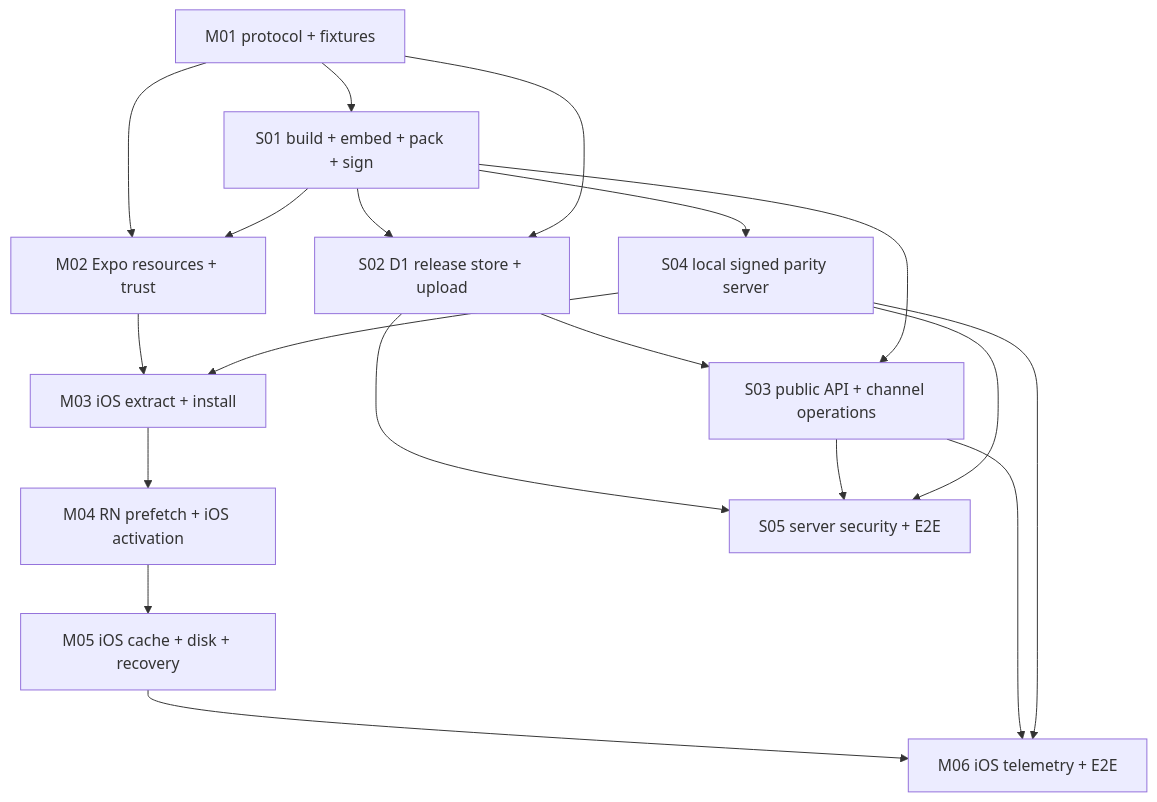
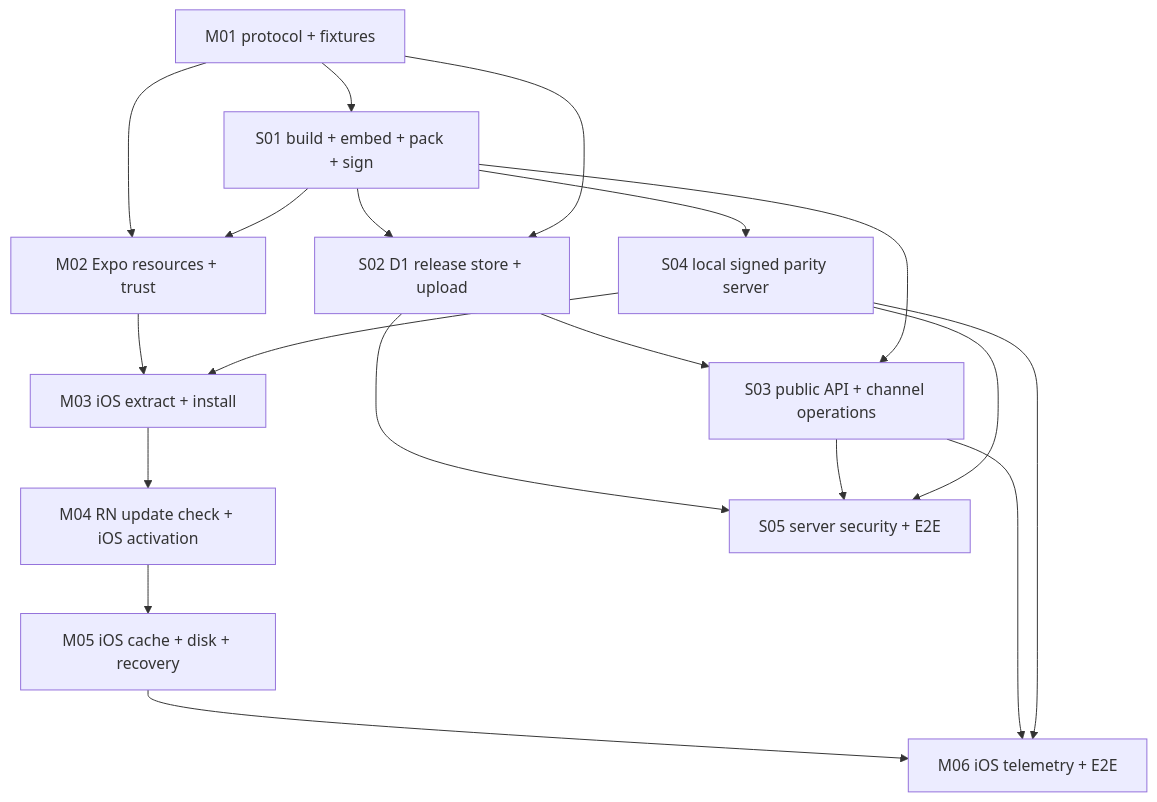
Before and after one commit to chanphiromsok/expo-lynx-view: the diagram in packages/expo-lynx/feature/delivery-bundle-update/specs/v2/README.md, drawn with Mermaid. The commit also changed other lines of this file and 10 other files, not shown here.

````diff
--- a/packages/expo-lynx/feature/delivery-bundle-update/specs/v2/README.md
+++ b/packages/expo-lynx/feature/delivery-bundle-update/specs/v2/README.md
@@ -119,33 +122,33 @@
 ```mermaid
 flowchart TB
   M01[M01 protocol + fixtures]
   S01[S01 build + embed + pack + sign]
   M02[M02 Expo resources + trust]
   S02[S02 D1 release store + upload]
   S03[S03 public API + channel operations]
   S04[S04 local signed parity server]
   M03[M03 iOS extract + install]
-  M04[M04 RN prefetch + iOS activation]
+  M04[M04 RN update check + iOS activation]
   M05[M05 iOS cache + disk + recovery]
   M06[M06 iOS telemetry + E2E]
   S05[S05 server security + E2E]
 
   M01 --> S01
   M01 --> M02
   S01 --> M02
   S01 --> S02
   M01 --> S02
   S02 --> S03
   S01 --> S03
   S01 --> S04
   M02 --> M03
   S04 --> M03
   M03 --> M04
   M04 --> M05
   M05 --> M06
   S03 --> M06
   S04 --> M06
   S02 --> S05
   S03 --> S05
   S04 --> S05
 ```
````
